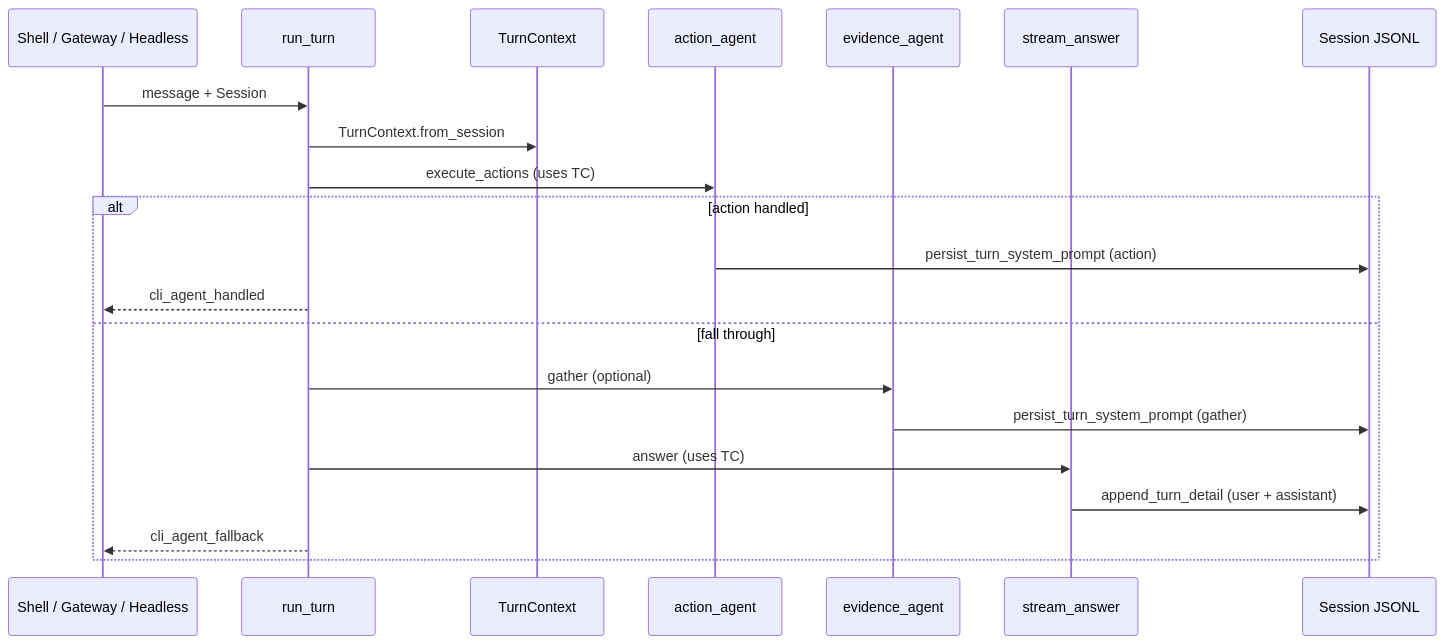
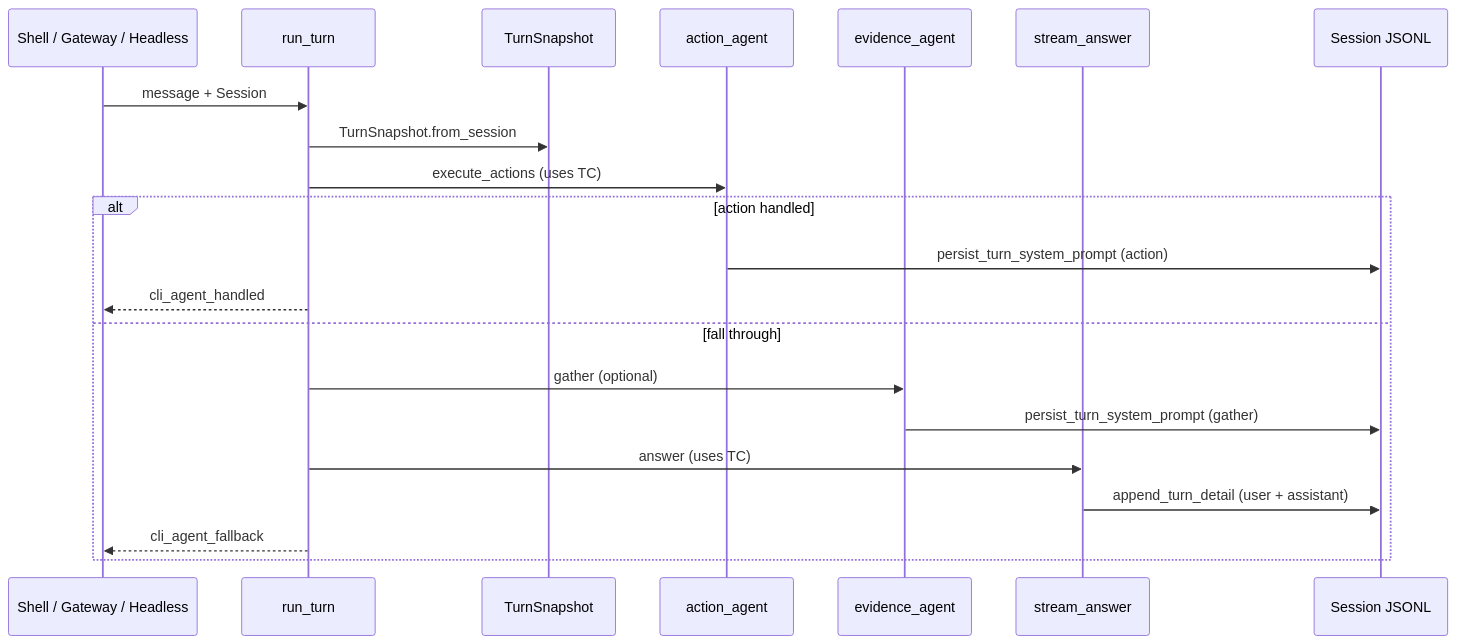
The second of 2 diagrams in docs/agent-context-data-stores.md (Tracer-Cloud/open-sre-agent), drawn with Mermaid before and after one commit. The commit also changed other lines of this file and 2 other files, not shown here.

````diff
--- a/docs/agent-context-data-stores.md
+++ b/docs/agent-context-data-stores.md
@@ -101,24 +101,24 @@
 ```mermaid
 sequenceDiagram
     participant Surface as Shell / Gateway / Headless
     participant TO as run_turn
-    participant TC as TurnContext
+    participant TC as TurnSnapshot
     participant Action as action_agent
     participant Gather as evidence_agent
     participant Answer as stream_answer
     participant JSONL as Session JSONL
 
     Surface->>TO: message + Session
-    TO->>TC: TurnContext.from_session
+    TO->>TC: TurnSnapshot.from_session
     TO->>Action: execute_actions (uses TC)
     alt action handled
         Action->>JSONL: persist_turn_system_prompt (action)
         TO-->>Surface: cli_agent_handled
     else fall through
         TO->>Gather: gather (optional)
         Gather->>JSONL: persist_turn_system_prompt (gather)
         TO->>Answer: answer (uses TC)
         Answer->>JSONL: append_turn_detail (user + assistant)
         TO-->>Surface: cli_agent_fallback
     end
 ```
````
